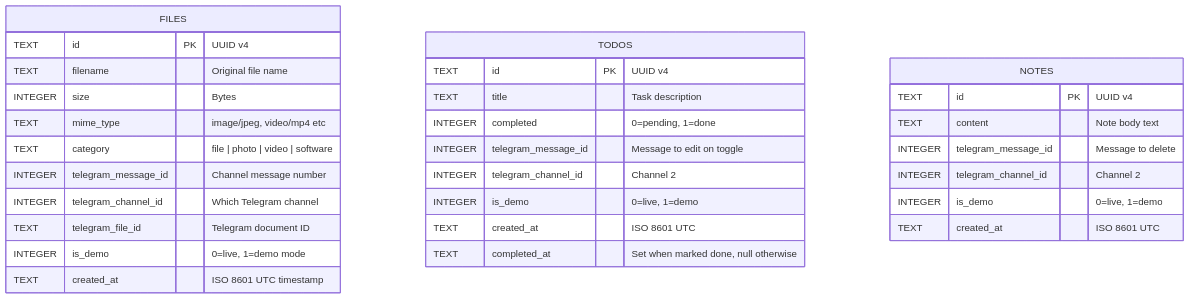
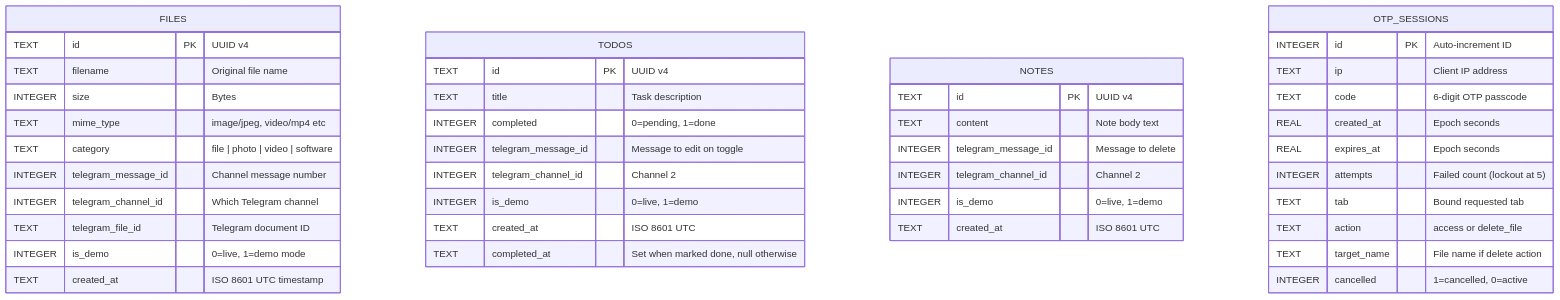
One commit to 120198subham/telegram-cloud-drive changed the sixth of 8 diagrams in architecture-scanner/6_data_flow.md. Above: the diagram before and after it, drawn with Mermaid. The commit also changed other lines of this file and 14 other files, not shown here.

````diff
--- a/architecture-scanner/6_data_flow.md
+++ b/architecture-scanner/6_data_flow.md
@@ -172,35 +172,48 @@
 ```mermaid
 erDiagram
     FILES {
         TEXT id PK "UUID v4"
         TEXT filename "Original file name"
         INTEGER size "Bytes"
         TEXT mime_type "image/jpeg, video/mp4 etc"
         TEXT category "file | photo | video | software"
         INTEGER telegram_message_id "Channel message number"
         INTEGER telegram_channel_id "Which Telegram channel"
         TEXT telegram_file_id "Telegram document ID"
         INTEGER is_demo "0=live, 1=demo mode"
         TEXT created_at "ISO 8601 UTC timestamp"
     }
 
     TODOS {
         TEXT id PK "UUID v4"
         TEXT title "Task description"
         INTEGER completed "0=pending, 1=done"
         INTEGER telegram_message_id "Message to edit on toggle"
         INTEGER telegram_channel_id "Channel 2"
         INTEGER is_demo "0=live, 1=demo"
         TEXT created_at "ISO 8601 UTC"
         TEXT completed_at "Set when marked done, null otherwise"
     }
 
     NOTES {
         TEXT id PK "UUID v4"
         TEXT content "Note body text"
         INTEGER telegram_message_id "Message to delete"
         INTEGER telegram_channel_id "Channel 2"
         INTEGER is_demo "0=live, 1=demo"
         TEXT created_at "ISO 8601 UTC"
     }
+
+    OTP_SESSIONS {
+        INTEGER id PK "Auto-increment ID"
+        TEXT ip "Client IP address"
+        TEXT code "6-digit OTP passcode"
+        REAL created_at "Epoch seconds"
+        REAL expires_at "Epoch seconds"
+        INTEGER attempts "Failed count (lockout at 5)"
+        TEXT tab "Bound requested tab"
+        TEXT action "access or delete_file"
+        TEXT target_name "File name if delete action"
+        INTEGER cancelled "1=cancelled, 0=active"
+    }
 ```
````
